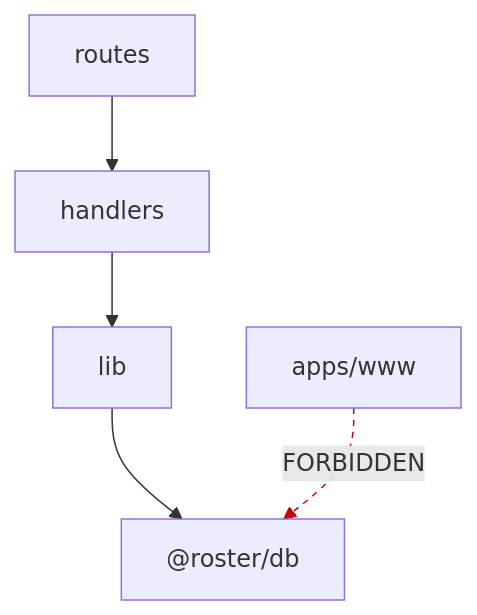
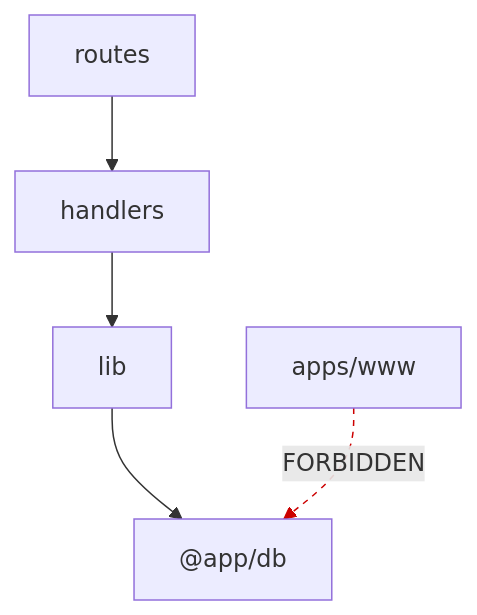
One commit to Ovich/charrette changed the ninth of 12 diagrams in skills/architecture/write-diagrams/diagrams.md. Above: the diagram before and after it, drawn with Mermaid. The commit also changed other lines of this file and 58 other files, not shown here.

````diff
--- a/skills/architecture/write-diagrams/diagrams.md
+++ b/skills/architecture/write-diagrams/diagrams.md
@@ -227,6 +227,6 @@
 ```mermaid
 flowchart TD
-    routes --> handlers --> lib --> db["@roster/db"]
+    routes --> handlers --> lib --> db["@app/db"]
     www["apps/www"] -.->|"FORBIDDEN"| db
     linkStyle 3 stroke:#c00,stroke-dasharray:4
 ```
````
